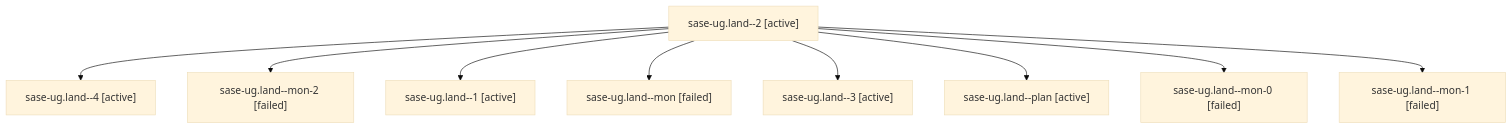
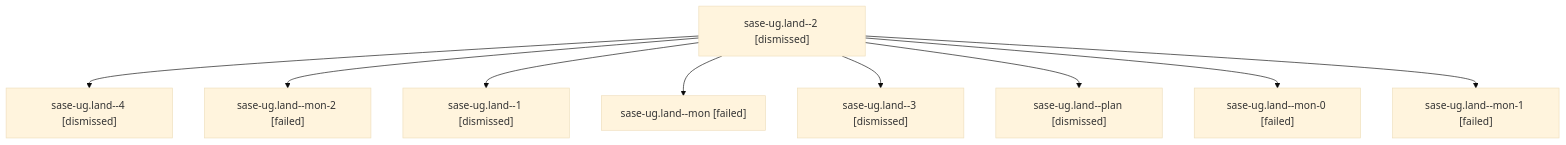
Before and after one commit to sase-org/sase--agents: the diagram in sessions/bbugyi200.athena.sase-ug.land.md, drawn with Mermaid (base theme). The commit also changed other lines of this file and 380 other files, not shown here.

````diff
--- a/sessions/bbugyi200.athena.sase-ug.land.md
+++ b/sessions/bbugyi200.athena.sase-ug.land.md
@@ -9,20 +9,20 @@
 ```mermaid
 flowchart TD
-  n0["sase-ug.land--2 [active]"]
-  n1["sase-ug.land--4 [active]"]
+  n0["sase-ug.land--2 [dismissed]"]
+  n1["sase-ug.land--4 [dismissed]"]
   n0 --> n1
   n2["sase-ug.land--mon-2 [failed]"]
   n0 --> n2
-  n3["sase-ug.land--1 [active]"]
+  n3["sase-ug.land--1 [dismissed]"]
   n0 --> n3
   n4["sase-ug.land--mon [failed]"]
   n0 --> n4
-  n5["sase-ug.land--3 [active]"]
+  n5["sase-ug.land--3 [dismissed]"]
   n0 --> n5
-  n6["sase-ug.land--plan [active]"]
+  n6["sase-ug.land--plan [dismissed]"]
   n0 --> n6
   n7["sase-ug.land--mon-0 [failed]"]
   n0 --> n7
   n8["sase-ug.land--mon-1 [failed]"]
   n0 --> n8
 ```
````
